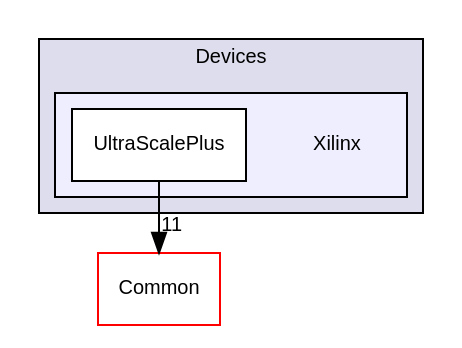
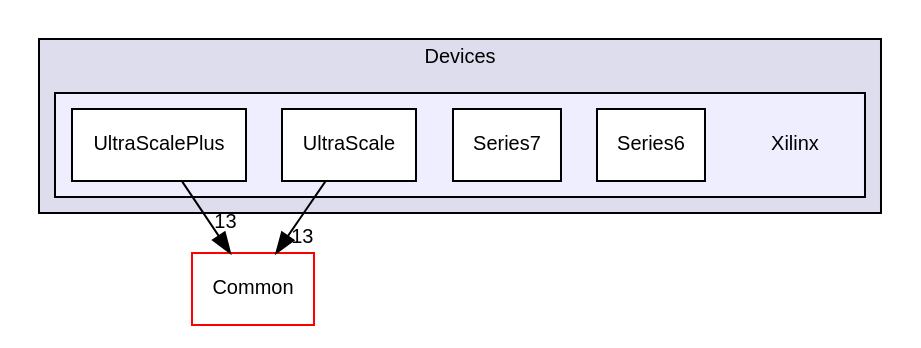
Before and after one commit to FPGA-Research-Manchester/byteman: the diagram in dir_3b80f9b66070ce327ebd8ab923ef7ff0_dep.dot, drawn with Graphviz. The commit also changed 2369 other files, not shown here.

```diff
--- a/dir_3b80f9b66070ce327ebd8ab923ef7ff0_dep.dot
+++ b/dir_3b80f9b66070ce327ebd8ab923ef7ff0_dep.dot
@@ -1,15 +1,19 @@
 digraph "src/Devices/Xilinx" {
   compound=true
   node [ fontsize="10", fontname="Helvetica"];
   edge [ labelfontsize="10", labelfontname="Helvetica"];
   subgraph clusterdir_27b17494125eb78195473abe004504ab {
     graph [ bgcolor="#ddddee", pencolor="black", label="Devices" fontname="Helvetica", fontsize="10", URL="dir_27b17494125eb78195473abe004504ab.html"]
   subgraph clusterdir_3b80f9b66070ce327ebd8ab923ef7ff0 {
     graph [ bgcolor="#eeeeff", pencolor="black", label="" URL="dir_3b80f9b66070ce327ebd8ab923ef7ff0.html"];
     dir_3b80f9b66070ce327ebd8ab923ef7ff0 [shape=plaintext label="Xilinx"];
+    dir_e3c922a9c9f76f72e504e24e861a4c21 [shape=box label="Series6" color="black" fillcolor="white" style="filled" URL="dir_e3c922a9c9f76f72e504e24e861a4c21.html"];
+    dir_cea438afae86829b080cb4fb380c02c8 [shape=box label="Series7" color="black" fillcolor="white" style="filled" URL="dir_cea438afae86829b080cb4fb380c02c8.html"];
+    dir_7b76fff14966bd8560f559fcf35b3fae [shape=box label="UltraScale" color="black" fillcolor="white" style="filled" URL="dir_7b76fff14966bd8560f559fcf35b3fae.html"];
     dir_21f1379af401b02d6de0cd697d1b0560 [shape=box label="UltraScalePlus" color="black" fillcolor="white" style="filled" URL="dir_21f1379af401b02d6de0cd697d1b0560.html"];
   }
   }
   dir_ba210d1fa67db7bee1bb22e0a3c11d9f [shape=box label="Common" fillcolor="white" style="filled" color="red" URL="dir_ba210d1fa67db7bee1bb22e0a3c11d9f.html"];
-  dir_21f1379af401b02d6de0cd697d1b0560->dir_ba210d1fa67db7bee1bb22e0a3c11d9f [headlabel="11", labeldistance=1.5 headhref="dir_000005_000001.html"];
+  dir_21f1379af401b02d6de0cd697d1b0560->dir_ba210d1fa67db7bee1bb22e0a3c11d9f [headlabel="13", labeldistance=1.5 headhref="dir_000008_000001.html"];
+  dir_7b76fff14966bd8560f559fcf35b3fae->dir_ba210d1fa67db7bee1bb22e0a3c11d9f [headlabel="13", labeldistance=1.5 headhref="dir_000007_000001.html"];
 }
```
